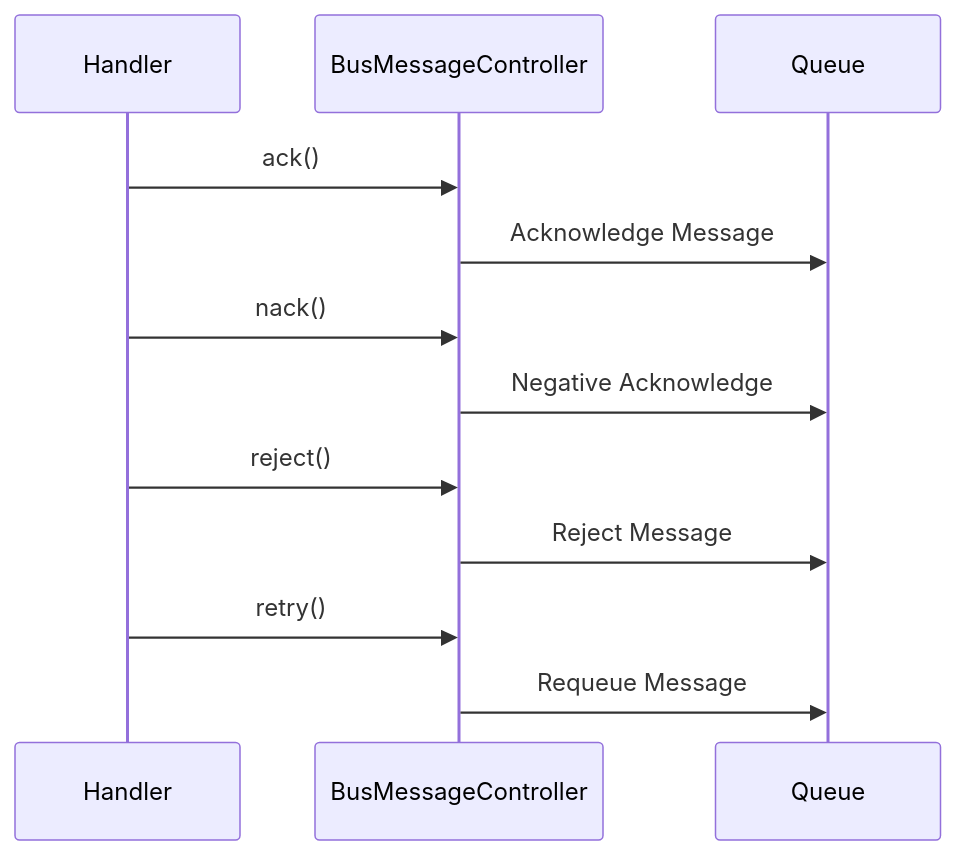
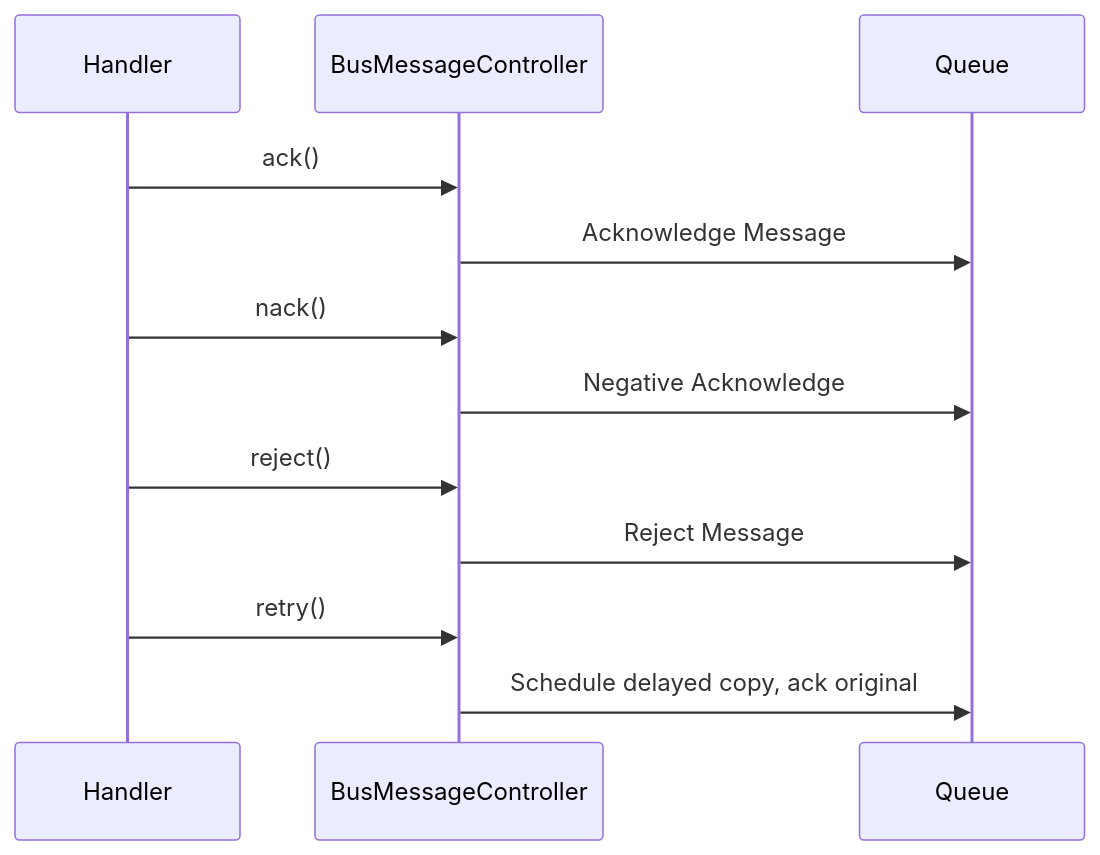
The tenth of 13 diagrams in docs/messagebus.md (LuscasLeo/jararaca), drawn with Mermaid before and after one commit. The commit also changed other lines of this file and 8 other files, not shown here.

````diff
--- a/docs/messagebus.md
+++ b/docs/messagebus.md
@@ -407,18 +407,18 @@
 ```mermaid
 sequenceDiagram
     participant H as Handler
     participant C as BusMessageController
     participant Q as Queue
 
     H->>C: ack()
     C->>Q: Acknowledge Message
 
     H->>C: nack()
     C->>Q: Negative Acknowledge
 
     H->>C: reject()
     C->>Q: Reject Message
 
     H->>C: retry()
-    C->>Q: Requeue Message
+    C->>Q: Schedule delayed copy, ack original
 ```
````
